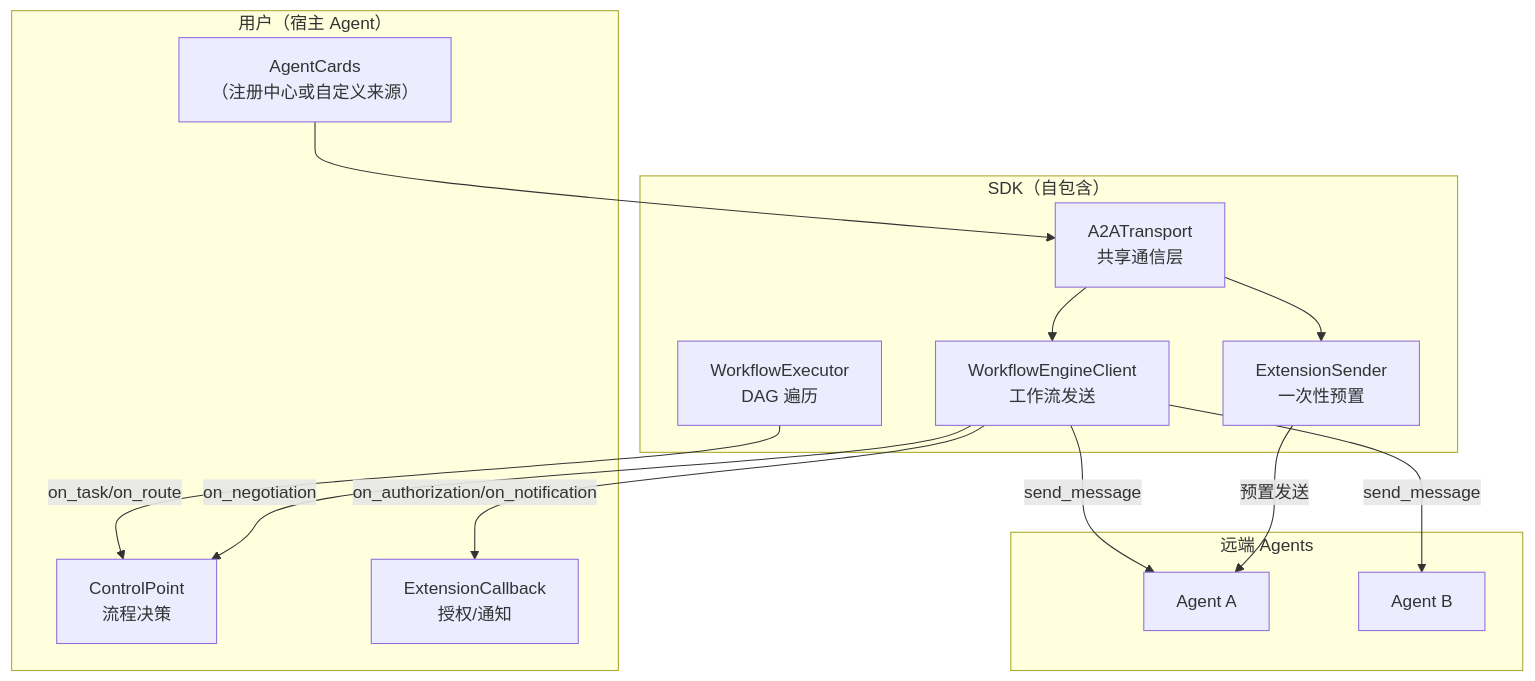
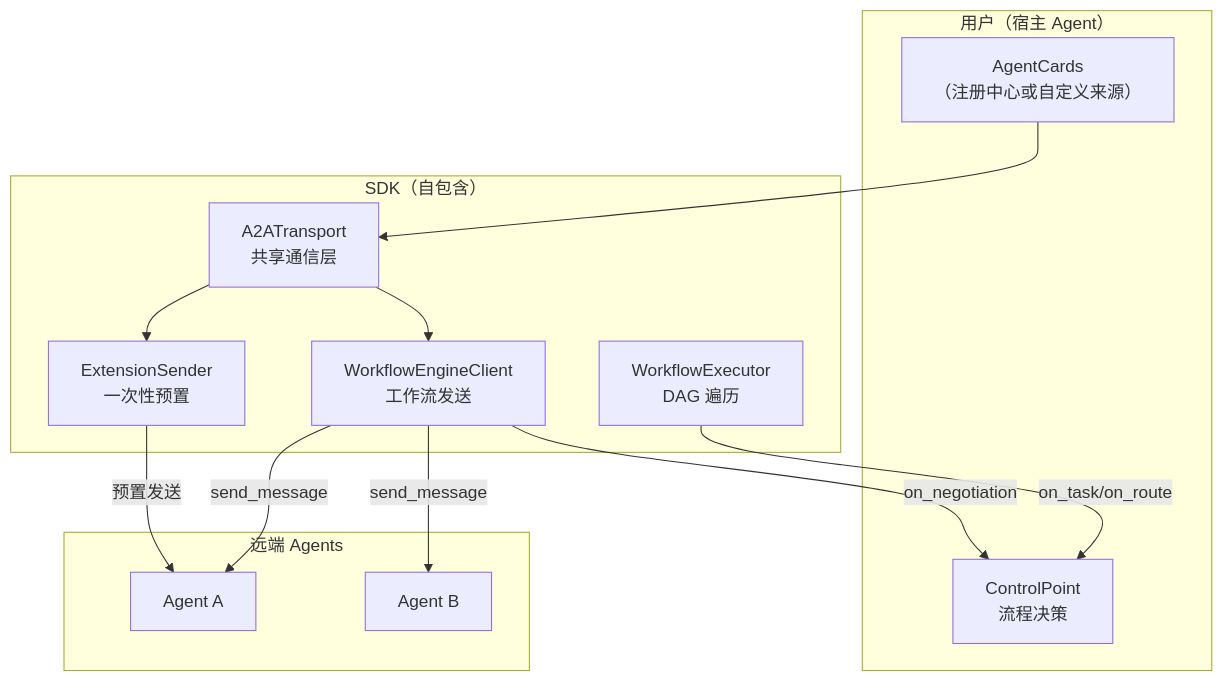
One commit to project-openan/workflow-engine-sdk-python changed the diagram in README.md. Above: the diagram before and after it, drawn with Mermaid. The commit also changed other lines of this file and 13 other files, not shown here.

Commit message:
refactor: remove ExtensionCallback/AuthorizationTHandler/NotificationTHandler, add Notification-T long-lived SSE stream

````diff
--- a/README.md
+++ b/README.md
@@ -32,27 +33,25 @@
 ```mermaid
 flowchart TB
     subgraph User["用户（宿主 Agent）"]
         AC["AgentCards<br/>（注册中心或自定义来源）"]
         CP["ControlPoint<br/>流程决策"]
-        ECB["ExtensionCallback<br/>授权/通知"]
     end
     subgraph SDK["SDK（自包含）"]
         TR["A2ATransport<br/>共享通信层"]
         WEC["WorkflowEngineClient<br/>工作流发送"]
         ES["ExtensionSender<br/>一次性预置"]
         WE["WorkflowExecutor<br/>DAG 遍历"]
     end
     subgraph Agents["远端 Agents"]
         A1["Agent A"]
         A2["Agent B"]
     end
     AC --> TR
     TR --> WEC
     TR --> ES
     WEC -->|send_message| A1
     WEC -->|send_message| A2
     ES -->|预置发送| A1
     WE -->|on_task/on_route| CP
     WEC -->|on_negotiation| CP
-    WEC -->|on_authorization/on_notification| ECB
 ```
````
